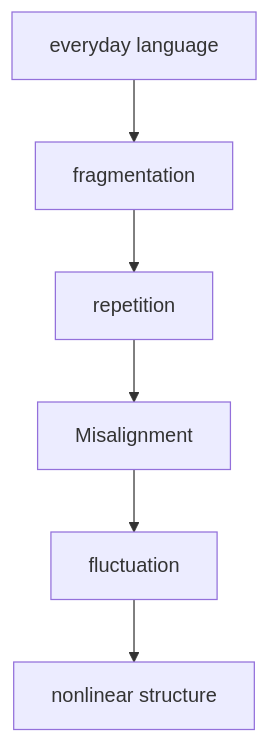
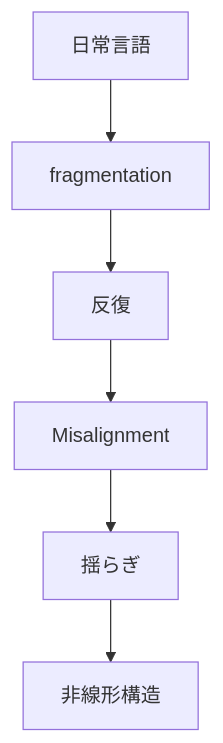
The second of 2 diagrams in en/_posts/2026-03-22-column-totsuzen-danball.md (monumental-movement/monumental-movement.github.io), drawn with Mermaid before and after one commit. The commit also changed other lines of this file and 2196 other files, not shown here.

```diff
--- a/en/_posts/2026-03-22-column-totsuzen-danball.md
+++ b/en/_posts/2026-03-22-column-totsuzen-danball.md
@@ -174,8 +173,8 @@
 <div class="mermaid">
 flowchart TD
-    A[everyday language] --> B[fragmentation]
-    B --> C[repetition]
+    A[日常言語] --> B[fragmentation]
+    B --> C[反復]
     C --> D[Misalignment]
-    D --> E[fluctuation]
-    E --> F[nonlinear structure]
+    D --> E[揺らぎ]
+    E --> F[非線形構造]
 </div>
```
